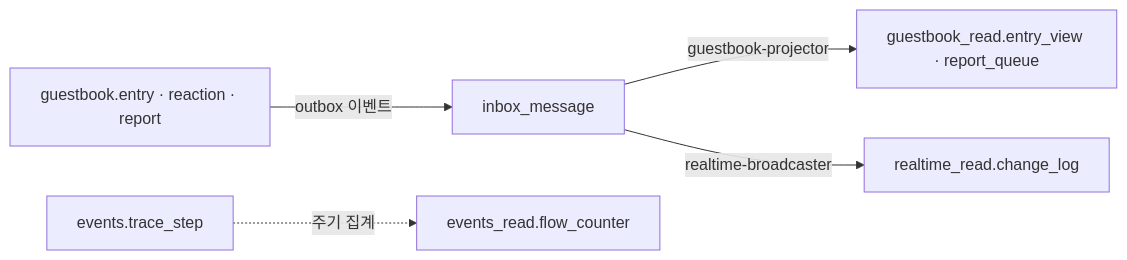
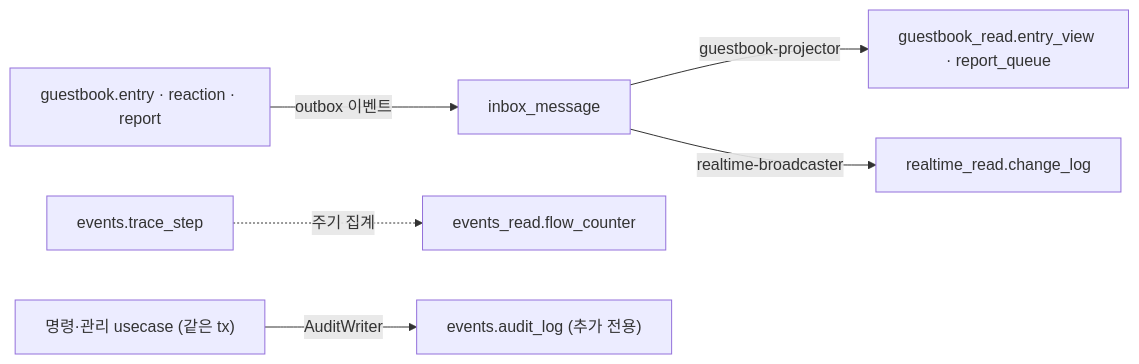
One commit to 1985jwlee/portpolio_backend changed the second of 2 diagrams in docs/domains/database-schema.md. Above: the diagram before and after it, drawn with Mermaid. The commit also changed other lines of this file and 18 other files, not shown here.

````diff
--- a/docs/domains/database-schema.md
+++ b/docs/domains/database-schema.md
@@ -328,7 +348,8 @@
 ```mermaid
 flowchart LR
     E["guestbook.entry · reaction · report"] -->|"outbox 이벤트"| I["inbox_message"]
     I -->|"guestbook-projector"| V["guestbook_read.entry_view · report_queue"]
     I -->|"realtime-broadcaster"| C["realtime_read.change_log"]
     T["events.trace_step"] -.->|"주기 집계"| F["events_read.flow_counter"]
+    A["명령·관리 usecase (같은 tx)"] -->|"AuditWriter"| L["events.audit_log (추가 전용)"]
 ```
````
